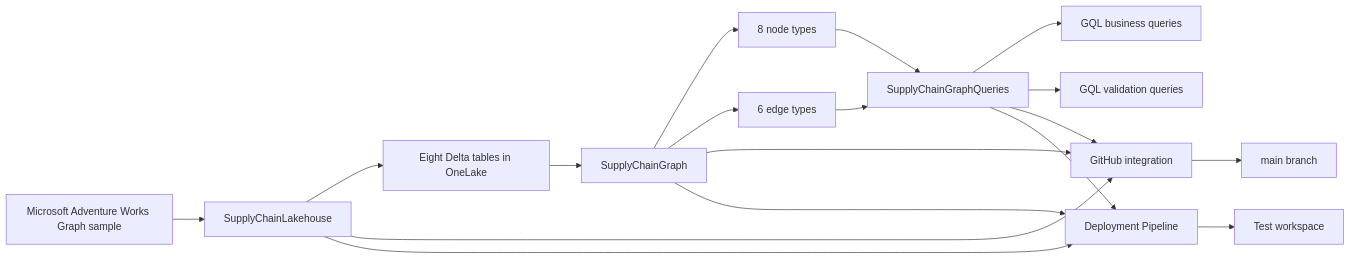
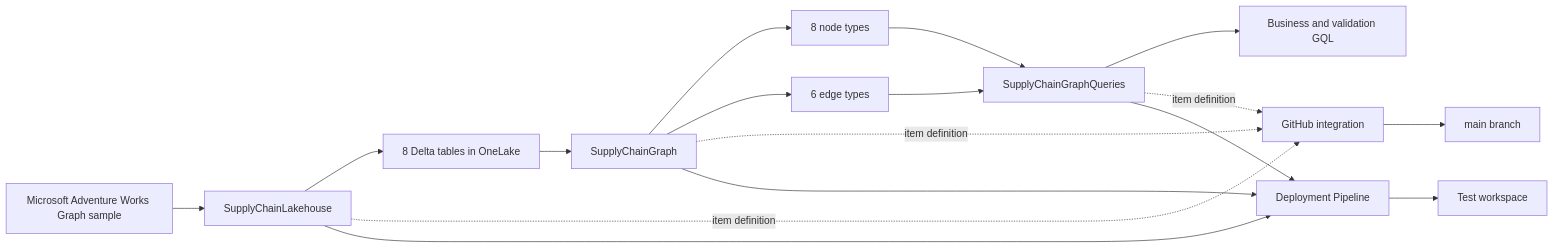
Before and after one commit to kamilsoszka/fabric-supply-chain-graph-analytics: the diagram in README.md, drawn with Mermaid. The commit also changed other lines of this file, not shown here.

````diff
--- a/README.md
+++ b/README.md
@@ -22,20 +27,32 @@
 ```mermaid
 flowchart LR
-    A[Microsoft Adventure Works Graph sample] --> B[SupplyChainLakehouse]
-    B --> C[Eight Delta tables in OneLake]
-    C --> D[SupplyChainGraph]
-    D --> E[8 node types]
-    D --> F[6 edge types]
-    E --> G[SupplyChainGraphQueries]
-    F --> G
-    G --> H[GQL business queries]
-    G --> I[GQL validation queries]
-    D --> J[GitHub integration]
-    G --> J
-    B --> J
-    J --> K[main branch]
-    D --> L[Deployment Pipeline]
-    G --> L
-    B --> L
-    L --> M[Test workspace]
+    SAMPLE["Microsoft Adventure Works Graph sample"]
+    LH["SupplyChainLakehouse"]
+    TABLES["8 Delta tables in OneLake"]
+    GRAPH["SupplyChainGraph"]
+    NODES["8 node types"]
+    EDGES["6 edge types"]
+    QUERIES["SupplyChainGraphQueries"]
+    GQL["Business and validation GQL"]
+    GIT["GitHub integration"]
+    MAIN["main branch"]
+    DEPLOY["Deployment Pipeline"]
+    TEST["Test workspace"]
+
+    SAMPLE --> LH
+    LH --> TABLES
+    TABLES --> GRAPH
+    GRAPH --> NODES
+    GRAPH --> EDGES
+    NODES --> QUERIES
+    EDGES --> QUERIES
+    QUERIES --> GQL
+    LH -. item definition .-> GIT
+    GRAPH -. item definition .-> GIT
+    QUERIES -. item definition .-> GIT
+    GIT --> MAIN
+    LH --> DEPLOY
+    GRAPH --> DEPLOY
+    QUERIES --> DEPLOY
+    DEPLOY --> TEST
 ```
````
